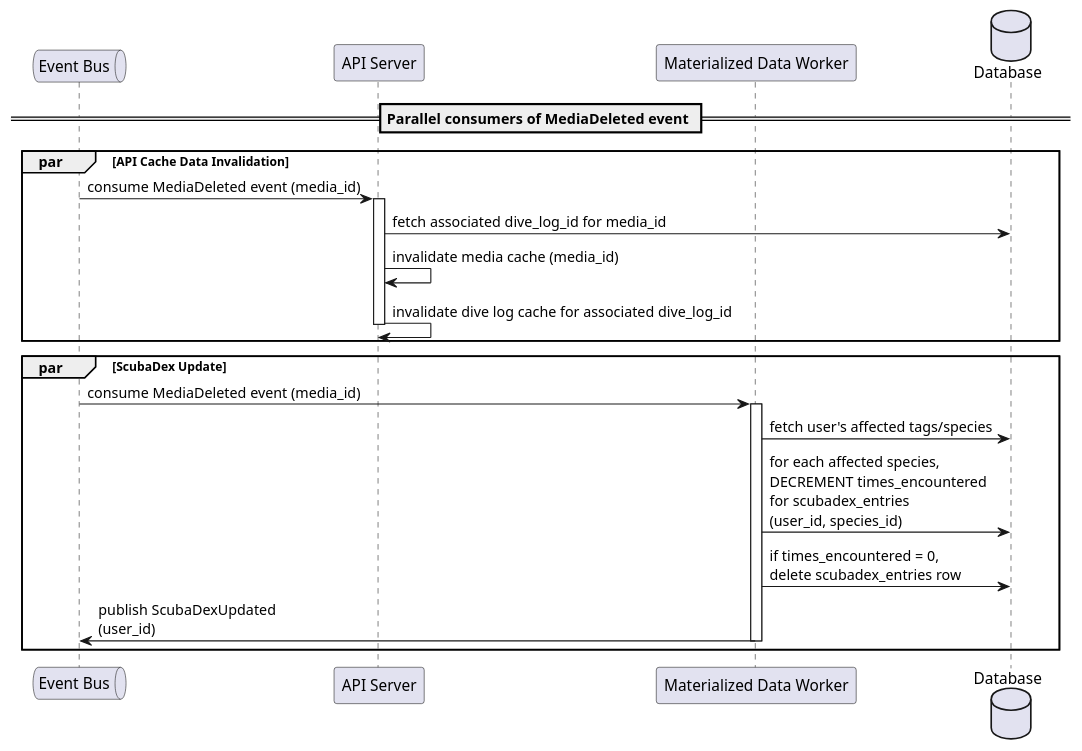
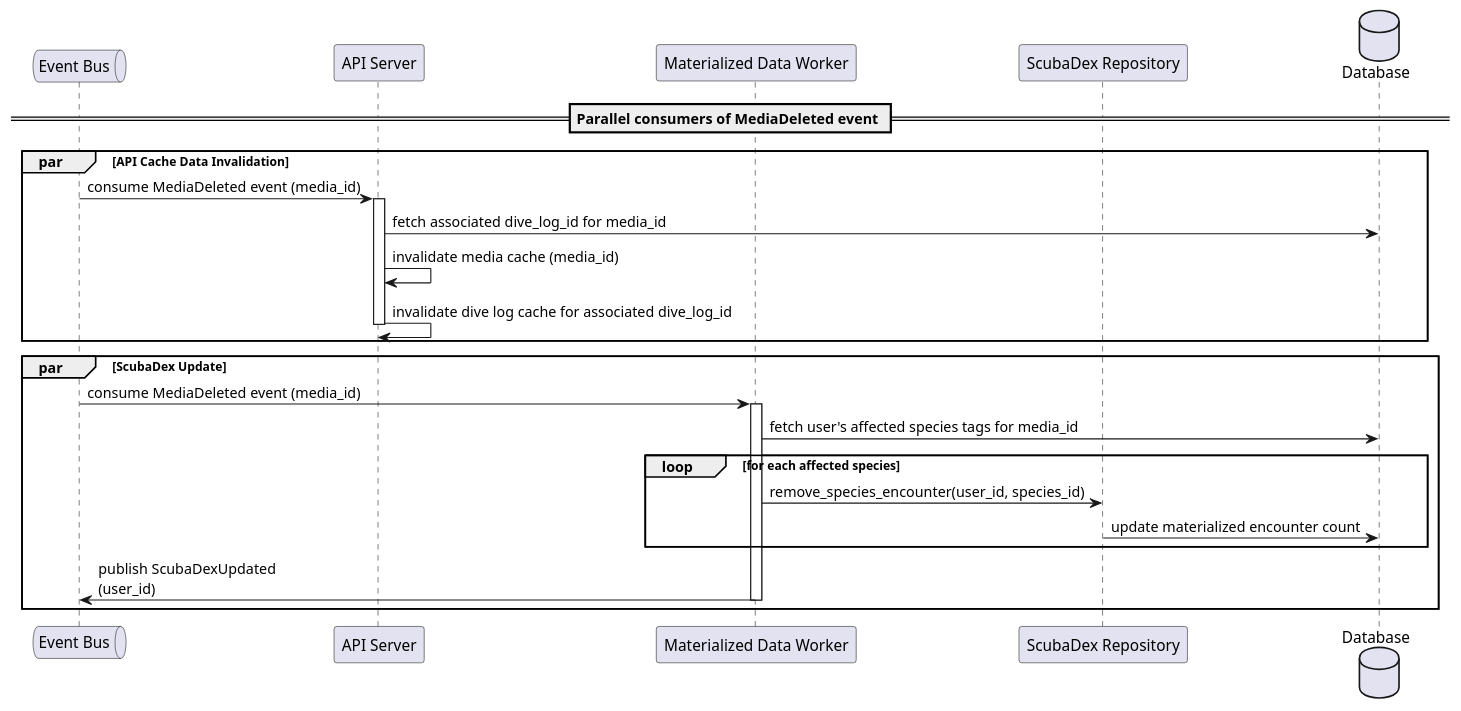
The diagram in designs/sequences/media/media_deletion/media_deleted_event_consumers_sequence.puml (MikeF0007/reef-connect), drawn with PlantUML before and after one commit. The commit also changed 12 other files, not shown here.

```diff
--- a/designs/sequences/media/media_deletion/media_deleted_event_consumers_sequence.puml
+++ b/designs/sequences/media/media_deletion/media_deleted_event_consumers_sequence.puml
@@ -1,26 +1,29 @@
 @startuml MediaDeleted Event Consumers Sequence
 queue "Event Bus" as Events
 participant "API Server" as API
 participant "Materialized Data Worker" as MaterializedDataWorker
+participant "ScubaDex Repository" as ScubaDexRepository
 database "Database" as DB
 
 == Parallel consumers of MediaDeleted event ==
 par API Cache Data Invalidation
     Events -> API: consume MediaDeleted event (media_id)
     activate API
     API -> DB: fetch associated dive_log_id for media_id
     API -> API: invalidate media cache (media_id)
     API -> API: invalidate dive log cache for associated dive_log_id
     deactivate API
 end par
 
 par ScubaDex Update
     Events -> MaterializedDataWorker: consume MediaDeleted event (media_id)
     activate MaterializedDataWorker
-    MaterializedDataWorker -> DB: fetch user's affected tags/species
-    MaterializedDataWorker -> DB: for each affected species,\nDECREMENT times_encountered\nfor scubadex_entries\n(user_id, species_id)
-    MaterializedDataWorker -> DB: if times_encountered = 0,\ndelete scubadex_entries row
+    MaterializedDataWorker -> DB: fetch user's affected species tags for media_id
+    loop for each affected species
+        MaterializedDataWorker -> ScubaDexRepository: remove_species_encounter(user_id, species_id)
+        ScubaDexRepository -> DB: update materialized encounter count
+    end
     MaterializedDataWorker -> Events: publish ScubaDexUpdated\n(user_id)
     deactivate MaterializedDataWorker
 end par
 @enduml
```
